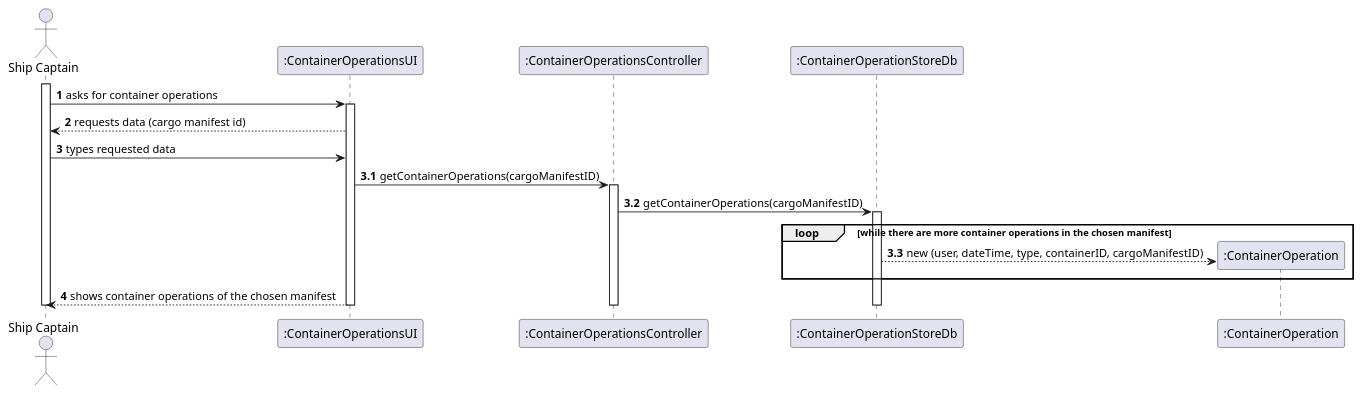
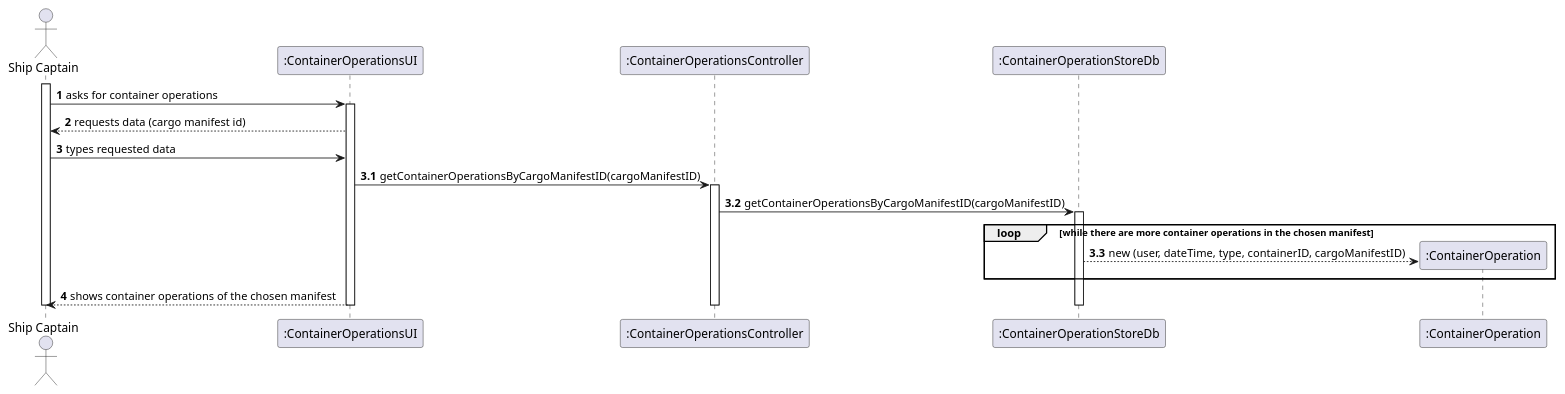
One commit to 1190772/LAB-Project-3 changed the diagram in docs/Sprint 3/US/US304/US304_SD.puml. Above: the diagram before and after it, drawn with PlantUML. The commit also changed 5 other files, not shown here.

```diff
--- a/docs/Sprint 3/US/US304/US304_SD.puml
+++ b/docs/Sprint 3/US/US304/US304_SD.puml
@@ -1,44 +1,44 @@
 @startuml
 'https://plantuml.com/class-diagram
 
 autonumber
 
 actor "Ship Captain" as SP
 
 participant ":ContainerOperationsUI" as UI
 participant ":ContainerOperationsController" as CTRL
 participant ":ContainerOperationStoreDb" as CS
 participant ":ContainerOperation" as CO
 
 activate SP
 SP -> UI : asks for container operations
 
 activate "UI"
 "UI" --> "SP" : requests data (cargo manifest id)
 
 SP -> "UI" : types requested data
 
 autonumber 3.1
 
-UI -> CTRL : getContainerOperations(cargoManifestID)
+UI -> CTRL : getContainerOperationsByCargoManifestID(cargoManifestID)
 
 activate CTRL
 
-CTRL -> CS : getContainerOperations(cargoManifestID)
+CTRL -> CS : getContainerOperationsByCargoManifestID(cargoManifestID)
 activate CS
 
 loop while there are more container operations in the chosen manifest
     create CO
     CS --> CO : new (user, dateTime, type, containerID, cargoManifestID)
 end
 
 autonumber 4
 
 "UI" --> SP : shows container operations of the chosen manifest
 
 deactivate CS
 deactivate CTRL
 deactivate UI
 deactivate SP
 
 @enduml
```
